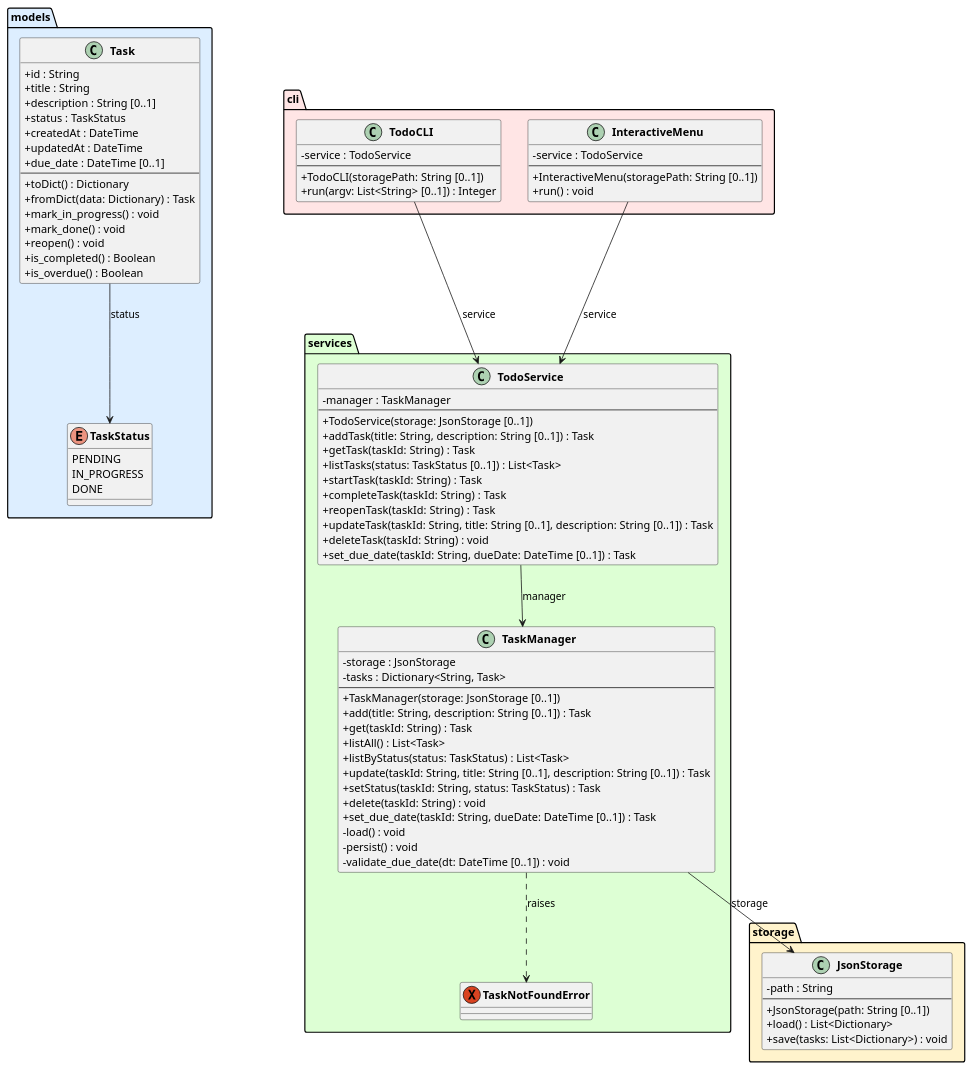
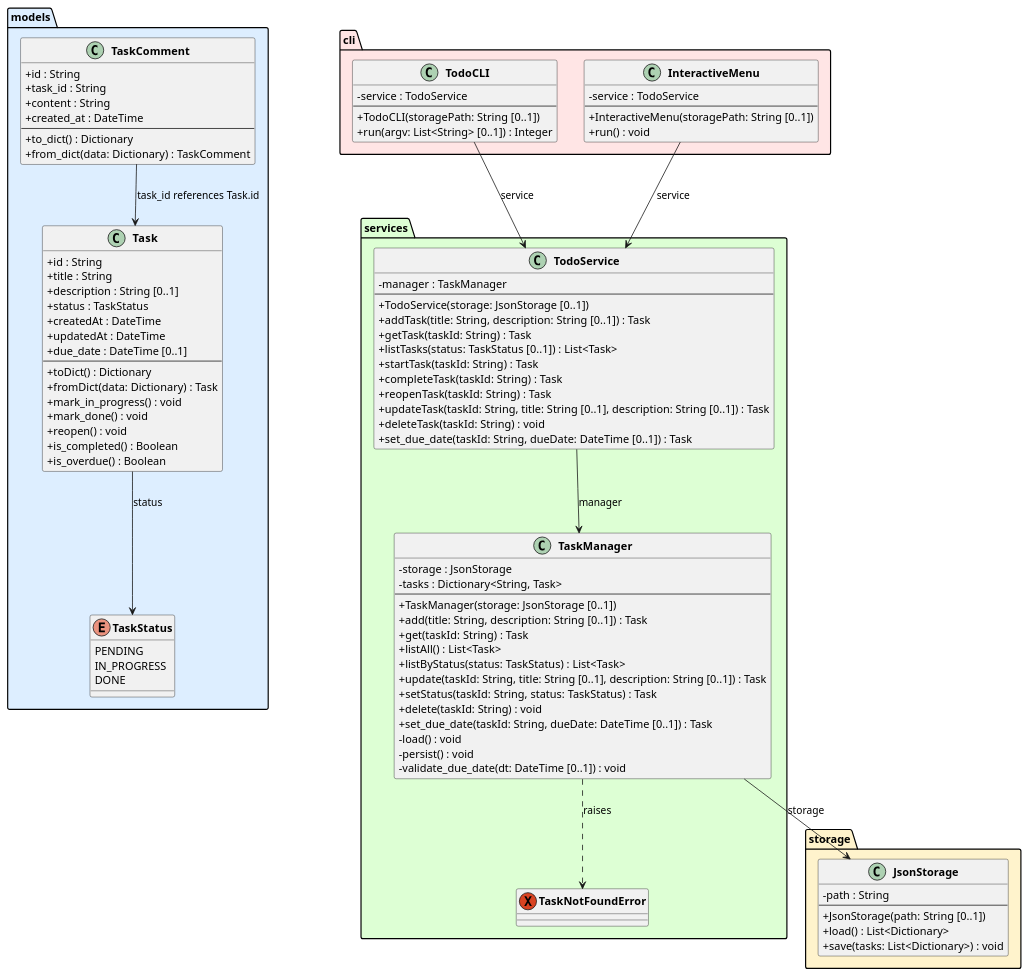
Before and after one commit to DanielRiha8906/Software_autoevolution_using_agents: the diagram in experiments/supervisor_as_tools/structured_text/TODO/artifacts/class_diagram.puml, drawn with PlantUML. The commit also changed 3 other files, not shown here.

First line of the commit message:
task 03: introduce TaskComment domain class

```diff
--- a/experiments/supervisor_as_tools/structured_text/TODO/artifacts/class_diagram.puml
+++ b/experiments/supervisor_as_tools/structured_text/TODO/artifacts/class_diagram.puml
@@ -1,102 +1,113 @@
 @startuml class_diagram
 
 skinparam classAttributeIconSize 0
 skinparam classFontStyle bold
 
 package "models" #DDEEFF {
     enum TaskStatus {
         PENDING
         IN_PROGRESS
         DONE
     }
 
     class Task {
         +id : String
         +title : String
         +description : String [0..1]
         +status : TaskStatus
         +createdAt : DateTime
         +updatedAt : DateTime
         +due_date : DateTime [0..1]
         --
         +toDict() : Dictionary
         +fromDict(data: Dictionary) : Task
         +mark_in_progress() : void
         +mark_done() : void
         +reopen() : void
         +is_completed() : Boolean
         +is_overdue() : Boolean
+    }
+
+    class TaskComment {
+        +id : String
+        +task_id : String
+        +content : String
+        +created_at : DateTime
+        --
+        +to_dict() : Dictionary
+        +from_dict(data: Dictionary) : TaskComment
     }
 }
 
 package "storage" #FFF3CC {
     class JsonStorage {
         -path : String
         --
         +JsonStorage(path: String [0..1])
         +load() : List<Dictionary>
         +save(tasks: List<Dictionary>) : void
     }
 }
 
 package "services" #DDFFD4 {
     exception TaskNotFoundError
 
     class TaskManager {
         -storage : JsonStorage
         -tasks : Dictionary<String, Task>
         --
         +TaskManager(storage: JsonStorage [0..1])
         +add(title: String, description: String [0..1]) : Task
         +get(taskId: String) : Task
         +listAll() : List<Task>
         +listByStatus(status: TaskStatus) : List<Task>
         +update(taskId: String, title: String [0..1], description: String [0..1]) : Task
         +setStatus(taskId: String, status: TaskStatus) : Task
         +delete(taskId: String) : void
         +set_due_date(taskId: String, dueDate: DateTime [0..1]) : Task
         -load() : void
         -persist() : void
         -validate_due_date(dt: DateTime [0..1]) : void
     }
 
     class TodoService {
         -manager : TaskManager
         --
         +TodoService(storage: JsonStorage [0..1])
         +addTask(title: String, description: String [0..1]) : Task
         +getTask(taskId: String) : Task
         +listTasks(status: TaskStatus [0..1]) : List<Task>
         +startTask(taskId: String) : Task
         +completeTask(taskId: String) : Task
         +reopenTask(taskId: String) : Task
         +updateTask(taskId: String, title: String [0..1], description: String [0..1]) : Task
         +deleteTask(taskId: String) : void
         +set_due_date(taskId: String, dueDate: DateTime [0..1]) : Task
     }
 }
 
 package "cli" #FFE5E5 {
     class TodoCLI {
         -service : TodoService
         --
         +TodoCLI(storagePath: String [0..1])
         +run(argv: List<String> [0..1]) : Integer
     }
 
     class InteractiveMenu {
         -service : TodoService
         --
         +InteractiveMenu(storagePath: String [0..1])
         +run() : void
     }
 }
 
 Task --> TaskStatus : status
+TaskComment --> Task : task_id references Task.id
 TaskManager --> JsonStorage : storage
 TaskManager ..> TaskNotFoundError : raises
 TodoService --> TaskManager : manager
 TodoCLI --> TodoService : service
 InteractiveMenu --> TodoService : service
 
 @enduml
```
